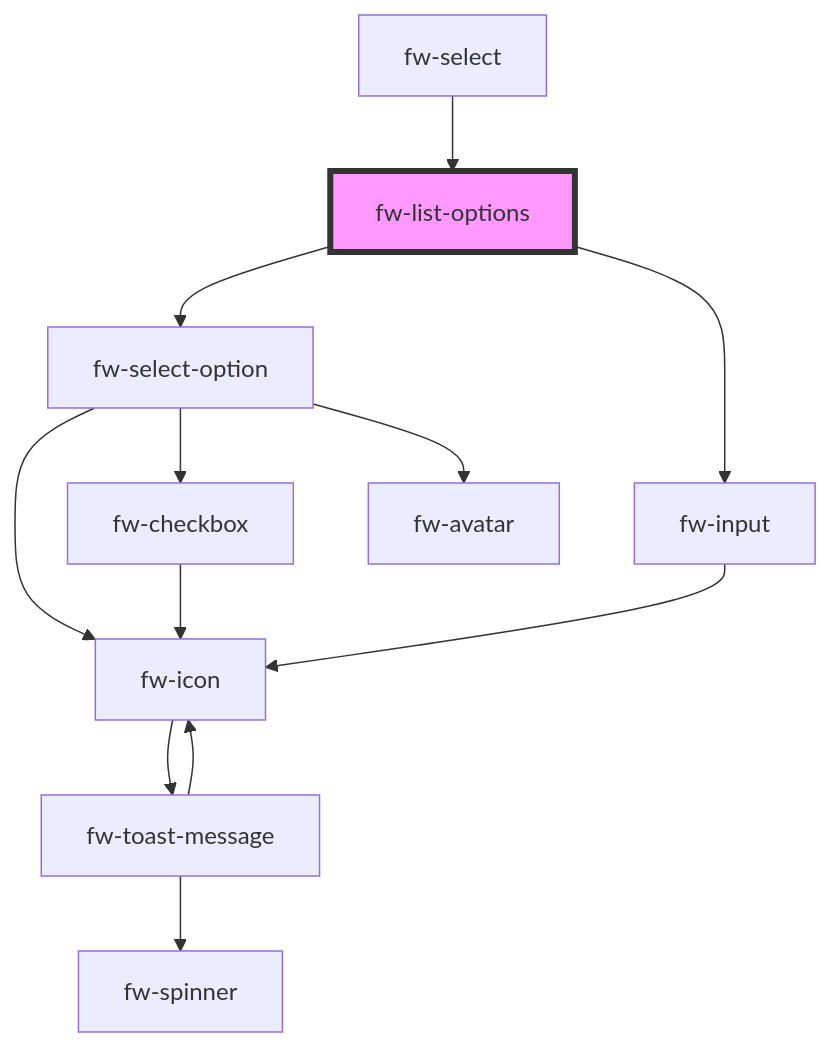
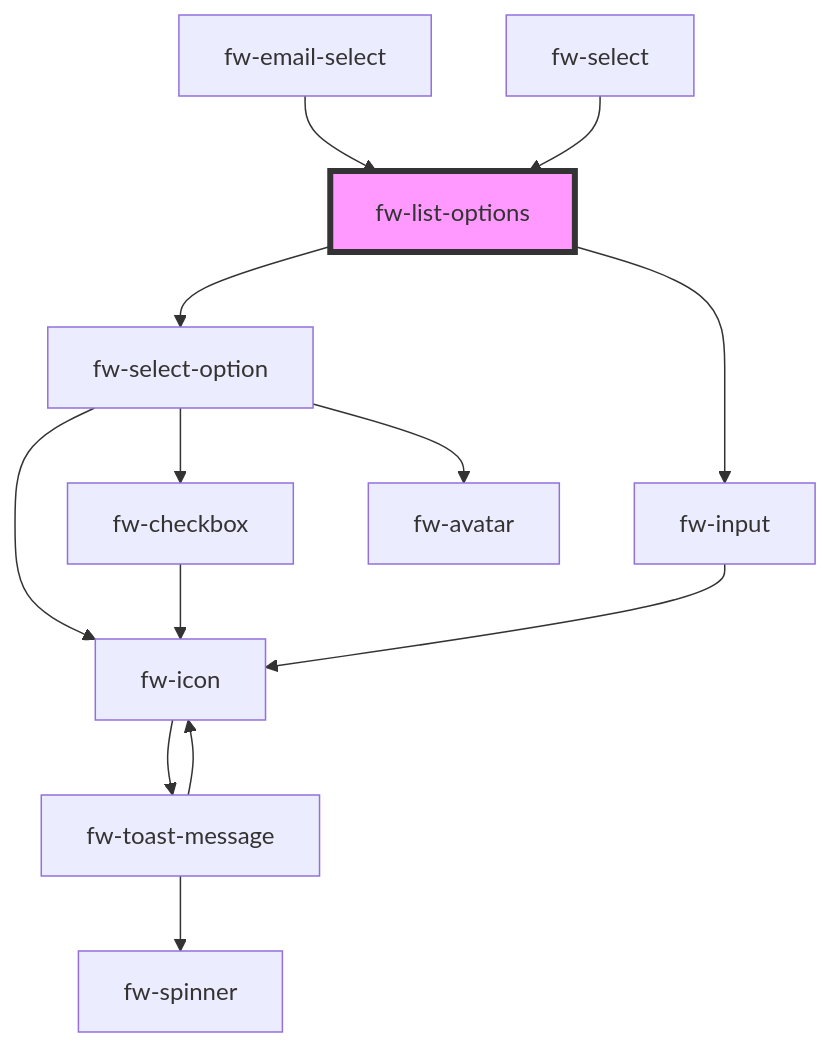
The diagram in packages/crayons-core/src/components/options-list/readme.md (freshworks/crayons), drawn with Mermaid before and after one commit. The commit also changed other lines of this file and 13 other files, not shown here.

Commit message:
feat(email header component changes): changes in Tag, avatar and list options

````diff
--- a/packages/crayons-core/src/components/options-list/readme.md
+++ b/packages/crayons-core/src/components/options-list/readme.md
@@ -174,15 +177,16 @@
 ```mermaid
 graph TD;
   fw-list-options --> fw-select-option
   fw-list-options --> fw-input
   fw-select-option --> fw-icon
   fw-select-option --> fw-checkbox
   fw-select-option --> fw-avatar
   fw-icon --> fw-toast-message
   fw-toast-message --> fw-spinner
   fw-toast-message --> fw-icon
   fw-checkbox --> fw-icon
   fw-input --> fw-icon
+  fw-email-select --> fw-list-options
   fw-select --> fw-list-options
   style fw-list-options fill:#f9f,stroke:#333,stroke-width:4px
 ```
````
